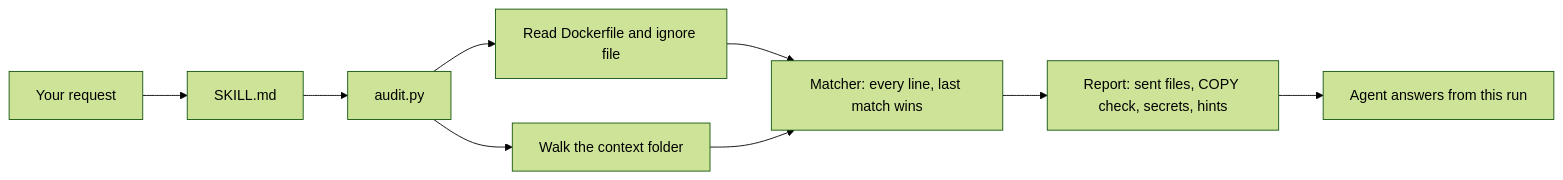
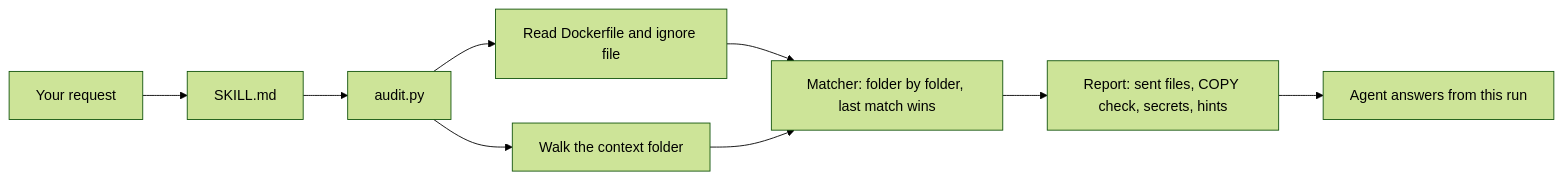
One commit to LeeGyeongPil/build-context-audit changed the diagram in README.md. Above: the diagram before and after it, drawn with Mermaid (forest theme). The commit also changed other lines of this file and 2 other files, not shown here.

````diff
--- a/README.md
+++ b/README.md
@@ -141,11 +142,11 @@
 ```mermaid
 flowchart LR
     A[Your request] --> B[SKILL.md]
     B --> C[audit.py]
     C --> D[Read Dockerfile and ignore file]
     C --> E[Walk the context folder]
-    D --> F[Matcher: every line, last match wins]
+    D --> F[Matcher: folder by folder, last match wins]
     E --> F
     F --> G[Report: sent files, COPY check, secrets, hints]
     G --> H[Agent answers from this run]
 ```
````
